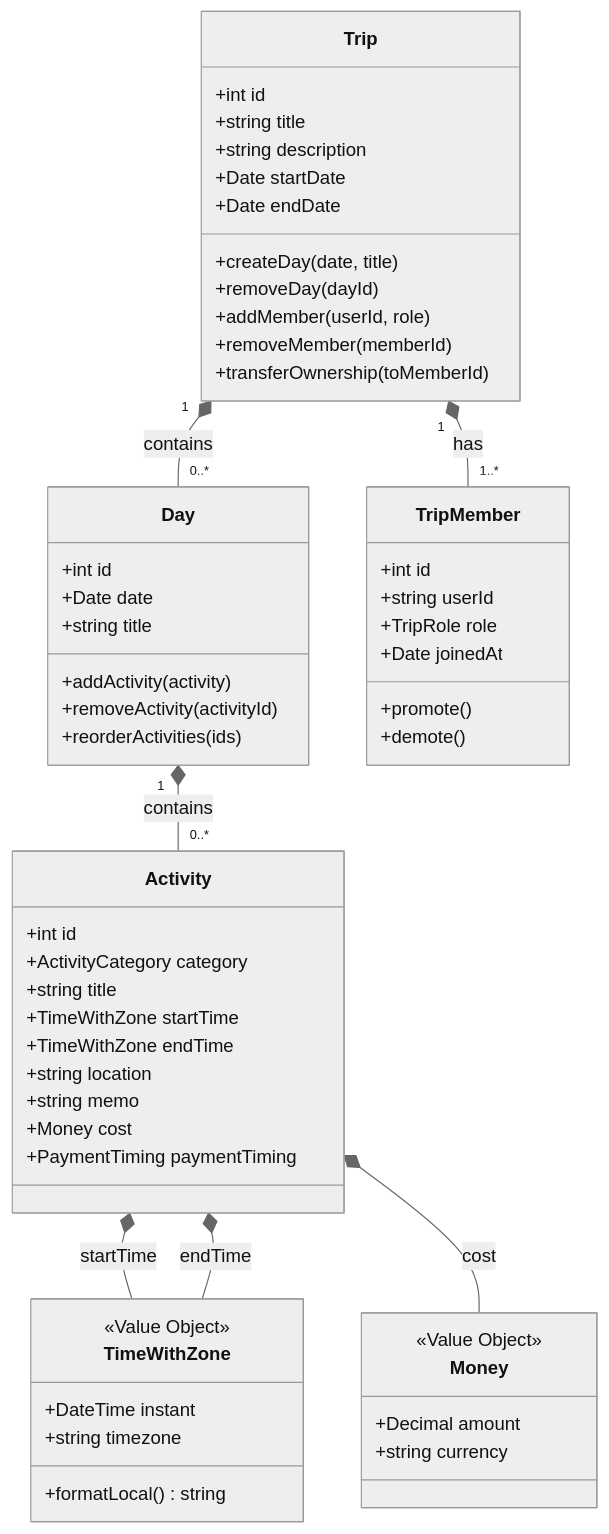
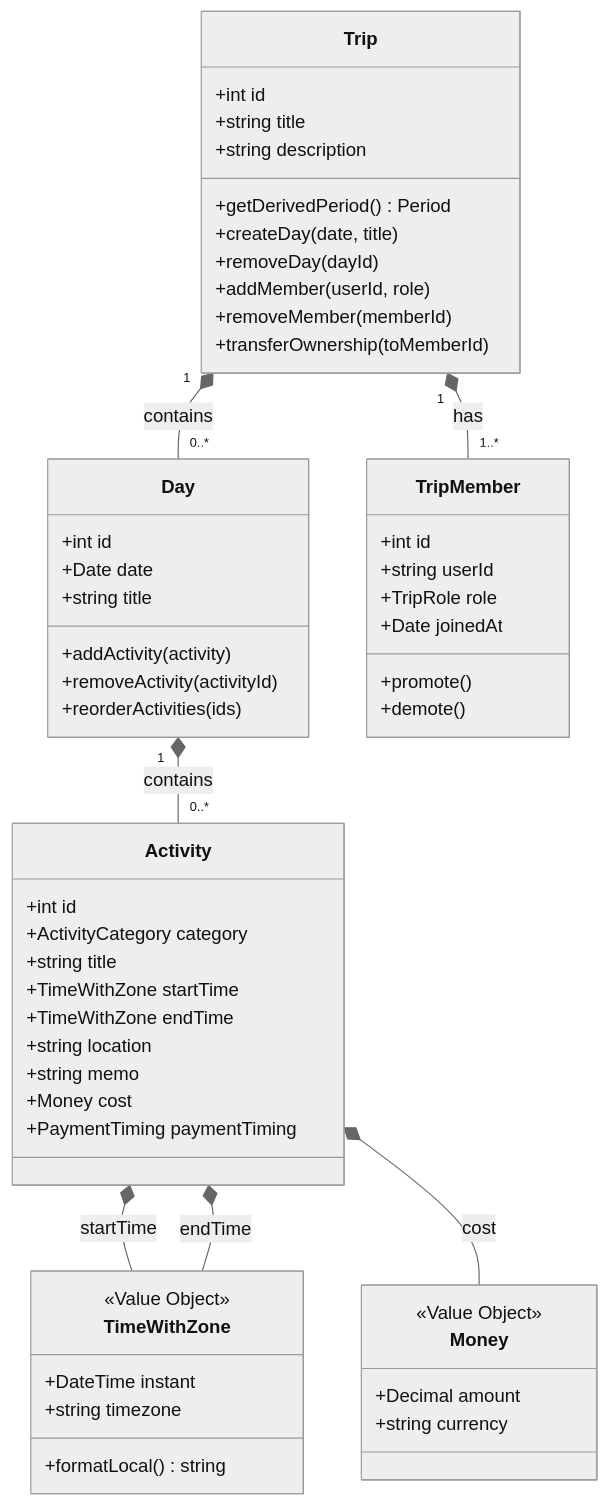
One commit to idean3885/trip-planner changed the second of 3 diagrams in docs/DOMAIN.md. Above: the diagram before and after it, drawn with Mermaid (neutral theme). The commit also changed other lines of this file and 6 other files, not shown here.

First line of the commit message:
docs: v4.5.0 기준 개발 문서 현행화 (ERD·아키텍처·다이어그램)

````diff
--- a/docs/DOMAIN.md
+++ b/docs/DOMAIN.md
@@ -64,65 +76,64 @@
 ```mermaid
 classDiagram
     class Trip {
         +int id
         +string title
         +string description
-        +Date startDate
-        +Date endDate
+        +getDerivedPeriod() Period
         +createDay(date, title)
         +removeDay(dayId)
         +addMember(userId, role)
         +removeMember(memberId)
         +transferOwnership(toMemberId)
     }
 
     class Day {
         +int id
         +Date date
         +string title
         +addActivity(activity)
         +removeActivity(activityId)
         +reorderActivities(ids)
     }
 
     class Activity {
         +int id
         +ActivityCategory category
         +string title
         +TimeWithZone startTime
         +TimeWithZone endTime
         +string location
         +string memo
         +Money cost
         +PaymentTiming paymentTiming
     }
 
     class TripMember {
         +int id
         +string userId
         +TripRole role
         +Date joinedAt
         +promote()
         +demote()
     }
 
     class TimeWithZone {
         <<Value Object>>
         +DateTime instant
         +string timezone
         +formatLocal() string
     }
 
     class Money {
         <<Value Object>>
         +Decimal amount
         +string currency
     }
 
     Trip "1" *-- "0..*" Day : contains
     Trip "1" *-- "1..*" TripMember : has
     Day "1" *-- "0..*" Activity : contains
     Activity *-- TimeWithZone : startTime
     Activity *-- TimeWithZone : endTime
     Activity *-- Money : cost
 ```
````
